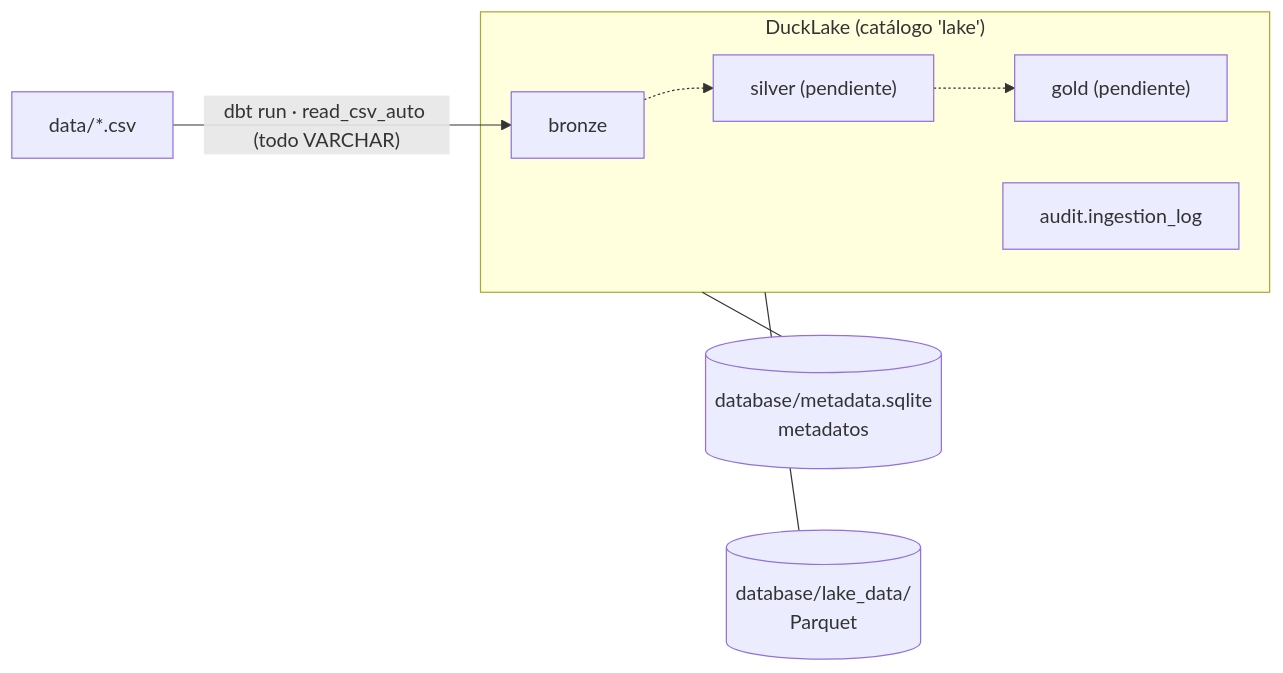
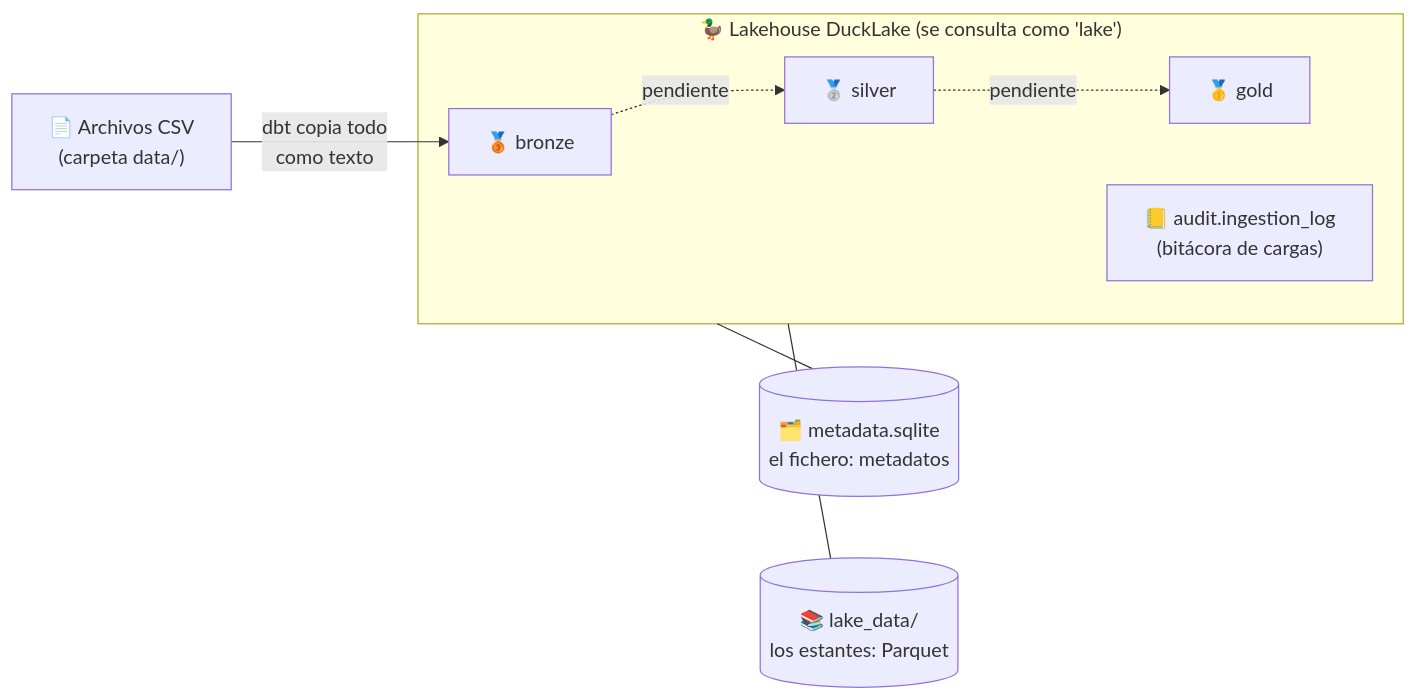
Before and after one commit to dataeng-dev/Data_Architecture: the second of 2 diagrams in README.md, drawn with Mermaid. The commit also changed other lines of this file, not shown here.

````diff
--- a/README.md
+++ b/README.md
@@ -8,14 +102,14 @@
 ```mermaid
 flowchart LR
-  CSV["data/*.csv"] -->|"dbt run · read_csv_auto (todo VARCHAR)"| B["bronze"]
-  B -.-> S["silver (pendiente)"]
-  S -.-> G["gold (pendiente)"]
-  subgraph DuckLake["DuckLake (catálogo 'lake')"]
+  CSV["📄 Archivos CSV<br/>(carpeta data/)"] -->|"dbt copia todo<br/>como texto"| B["🥉 bronze"]
+  B -.->|"pendiente"| S["🥈 silver"]
+  S -.->|"pendiente"| G["🥇 gold"]
+  subgraph DuckLake["🦆 Lakehouse DuckLake (se consulta como 'lake')"]
     B
     S
     G
-    A["audit.ingestion_log"]
+    A["📒 audit.ingestion_log<br/>(bitácora de cargas)"]
   end
-  DuckLake --- M[("database/metadata.sqlite<br/>metadatos")]
-  DuckLake --- P[("database/lake_data/<br/>Parquet")]
+  DuckLake --- M[("🗂️ metadata.sqlite<br/>el fichero: metadatos")]
+  DuckLake --- P[("📚 lake_data/<br/>los estantes: Parquet")]
 ```
````
